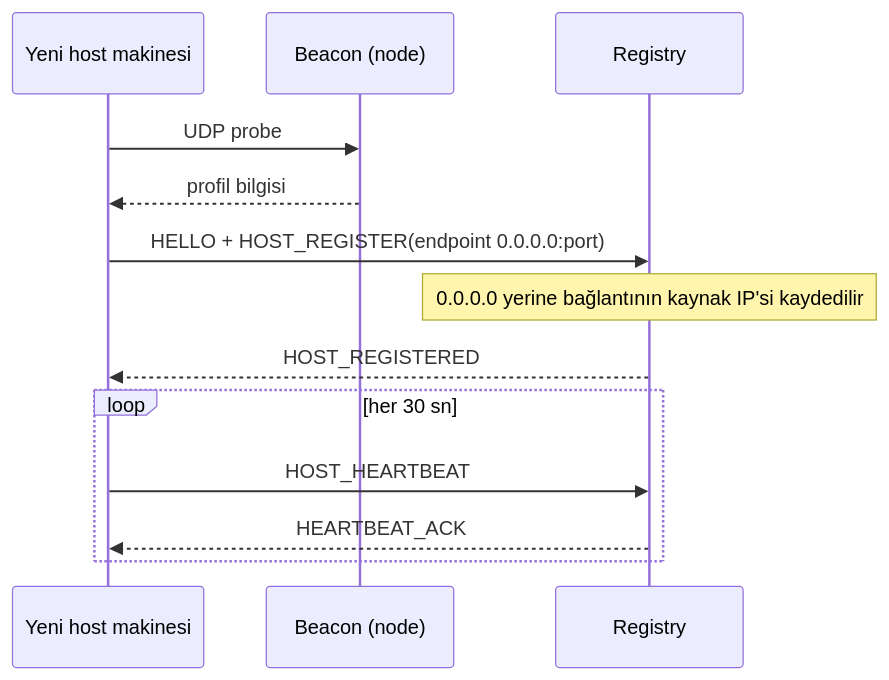
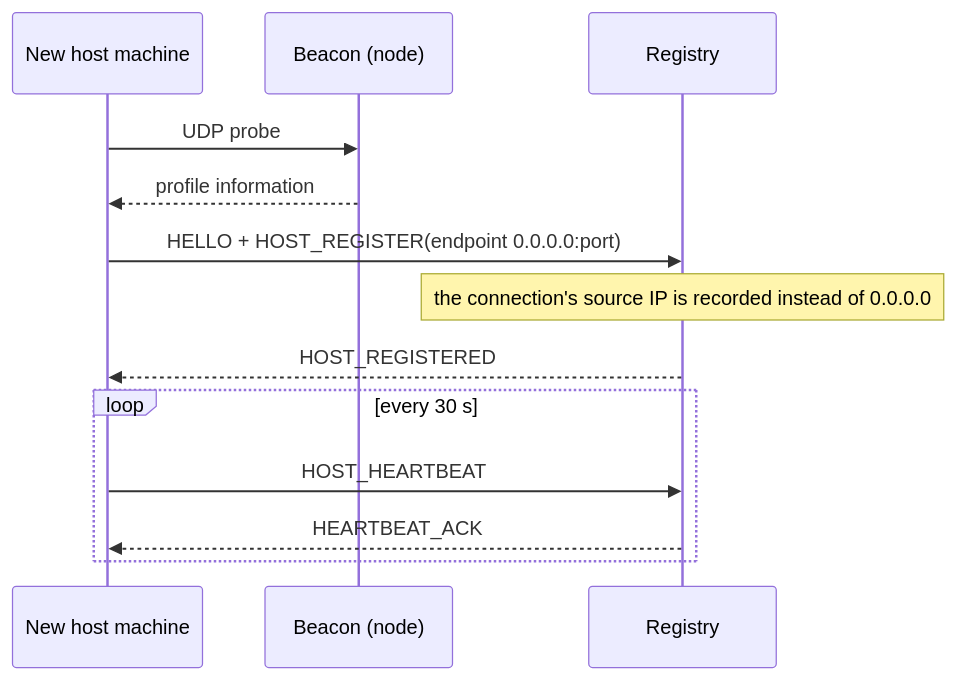
One commit to nuricanozturk01/project-ilmek changed the fourth of 4 diagrams in PROTOCOL.md. Above: the diagram before and after it, drawn with Mermaid. The commit also changed other lines of this file and 92 other files, not shown here.

````diff
--- a/PROTOCOL.md
+++ b/PROTOCOL.md
@@ -511,15 +505,15 @@
 ```mermaid
 sequenceDiagram
-    participant H as Yeni host makinesi
+    participant H as New host machine
     participant B as Beacon (node)
     participant R as Registry
     H->>B: UDP probe
-    B-->>H: profil bilgisi
+    B-->>H: profile information
     H->>R: HELLO + HOST_REGISTER(endpoint 0.0.0.0:port)
-    Note over R: 0.0.0.0 yerine bağlantının kaynak IP'si kaydedilir
+    Note over R: the connection's source IP is recorded instead of 0.0.0.0
     R-->>H: HOST_REGISTERED
-    loop her 30 sn
+    loop every 30 s
         H->>R: HOST_HEARTBEAT
         R-->>H: HEARTBEAT_ACK
     end
 ```
````
